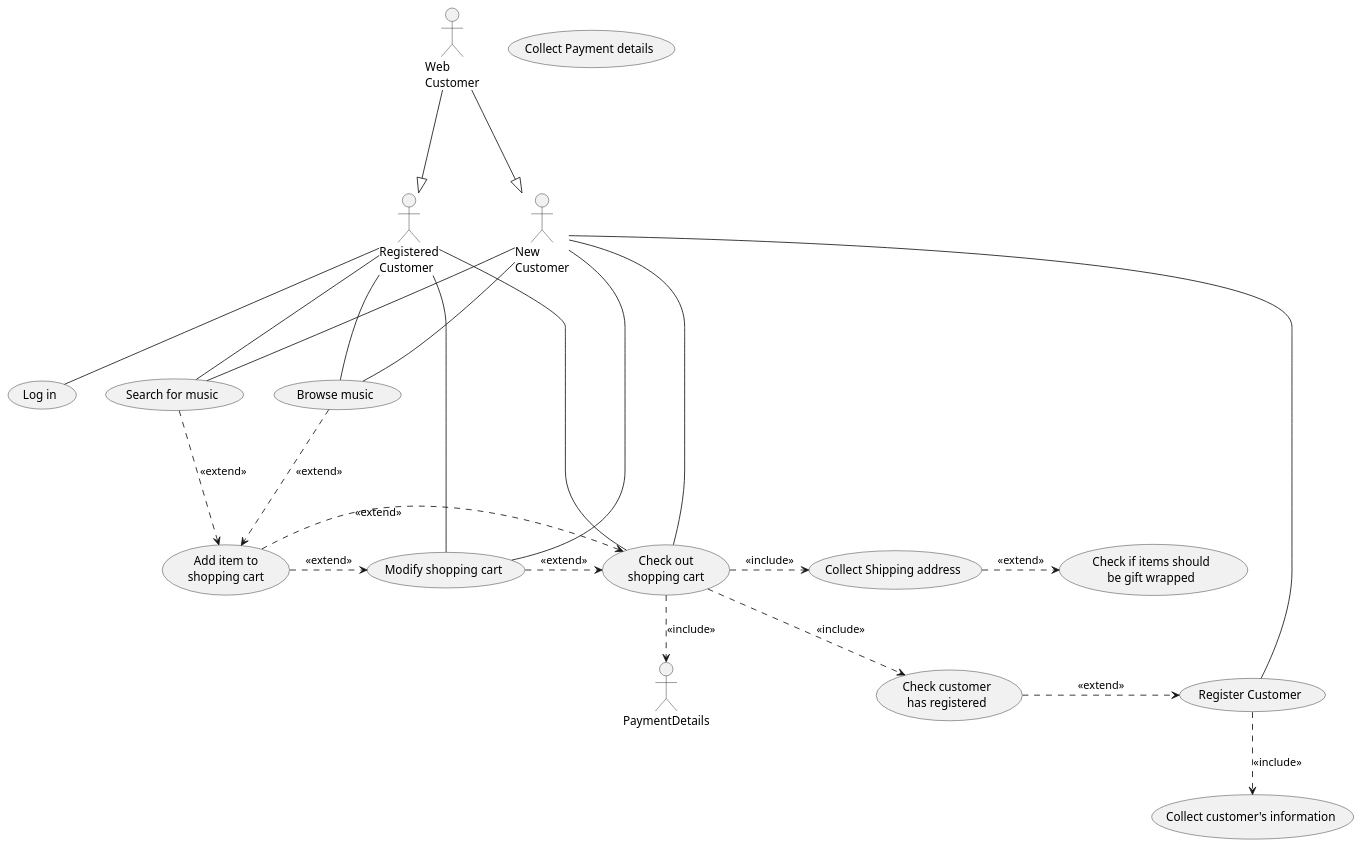
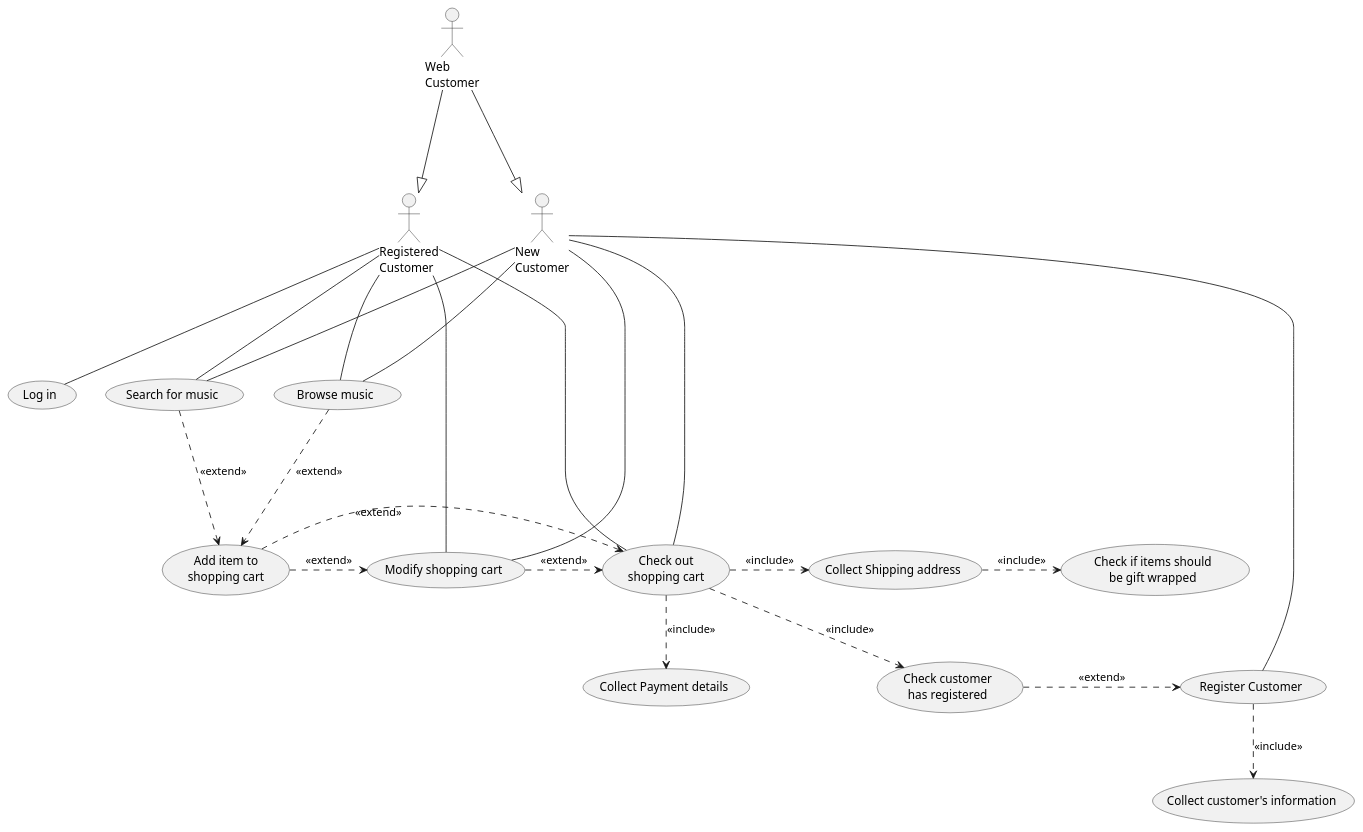
The diagram in milestone2/onlineshopping.puml (shaystevens/INFO201-assignments), drawn with PlantUML before and after one commit.

Commit message:
Minor fix

```diff
--- a/milestone2/onlineshopping.puml
+++ b/milestone2/onlineshopping.puml
@@ -1,43 +1,43 @@
 @startuml onlineshopping
 actor :Registered\nCustomer: as RegisteredCustomer
 actor :New\nCustomer: as NewCustomer
 actor :Web\nCustomer: as WebCustomer
 
 usecase (Search for music) as SearchForMusic
 usecase (Browse music) as BrowseMusic
 usecase (Add item to\nshopping cart) as AddItem
 usecase (Modify shopping cart) as ModifyCart
 usecase (Check out\nshopping cart) as Checkout 
 usecase (Register Customer) as RegisterCustomer 
 usecase (Collect customer's information) as CollectCustomerInformation
 usecase (Check customer\nhas registered) as checkregister
 usecase (Collect Shipping address) as CollectAddress
 usecase (Collect Payment details) as CollectPayment
 usecase (Check if items should\nbe gift wrapped) as GiftWrap
 usecase (Log in) as Login
 
 RegisteredCustomer --- Login
 NewCustomer -- RegisterCustomer
 RegisteredCustomer --- BrowseMusic
 NewCustomer --- BrowseMusic
 RegisteredCustomer --- SearchForMusic
 NewCustomer --- SearchForMusic
 AddItem .> Checkout : <<extend>>
 SearchForMusic ...> AddItem : <<extend>>
 BrowseMusic .> AddItem : <<extend>>
 RegisteredCustomer -- ModifyCart 
 NewCustomer -- ModifyCart
 ModifyCart .> Checkout : <<extend>>
 AddItem .> ModifyCart : <<extend>>
 NewCustomer -- Checkout
 RegisteredCustomer -- Checkout
 WebCustomer ---|> RegisteredCustomer
 WebCustomer ---|> NewCustomer
 RegisterCustomer ..> CollectCustomerInformation : <<include>>
 Checkout ..> checkregister : <<include>>
 checkregister .> RegisterCustomer : <<extend>>
 Checkout .> CollectAddress : <<include>>
-CollectAddress .> GiftWrap : <<extend>>
-Checkout ..> PaymentDetails : <<include>>
+CollectAddress .> GiftWrap : <<include>>
+Checkout ..> CollectPayment : <<include>>
 
 @enduml
```
